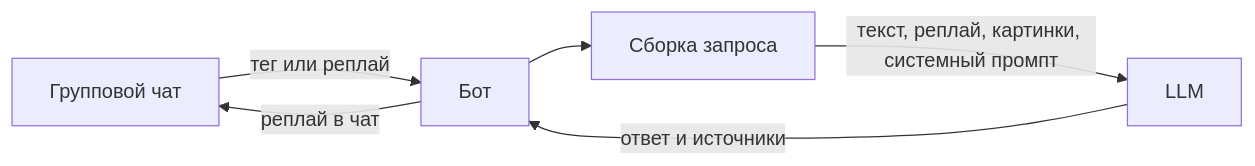
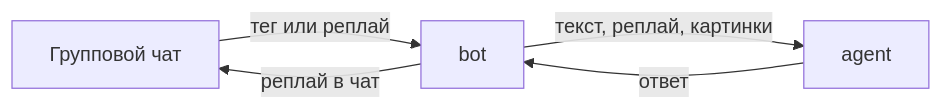
The diagram in README.md (m4eryk/blg-haluy), drawn with Mermaid before and after one commit. The commit also changed other lines of this file and 1 other file, not shown here.

````diff
--- a/README.md
+++ b/README.md
@@ -31,12 +41,10 @@
 ```mermaid
 flowchart LR
   chat[Групповой чат]
-  bot[Бот]
-  assemble[Сборка запроса]
-  llm[LLM]
+  bot[bot]
+  agent[agent]
   chat -->|"тег или реплай"| bot
-  bot --> assemble
-  assemble -->|"текст, реплай, картинки, системный промпт"| llm
-  llm -->|"ответ и источники"| bot
+  bot -->|"текст, реплай, картинки"| agent
+  agent -->|"ответ"| bot
   bot -->|"реплай в чат"| chat
 ```
````
